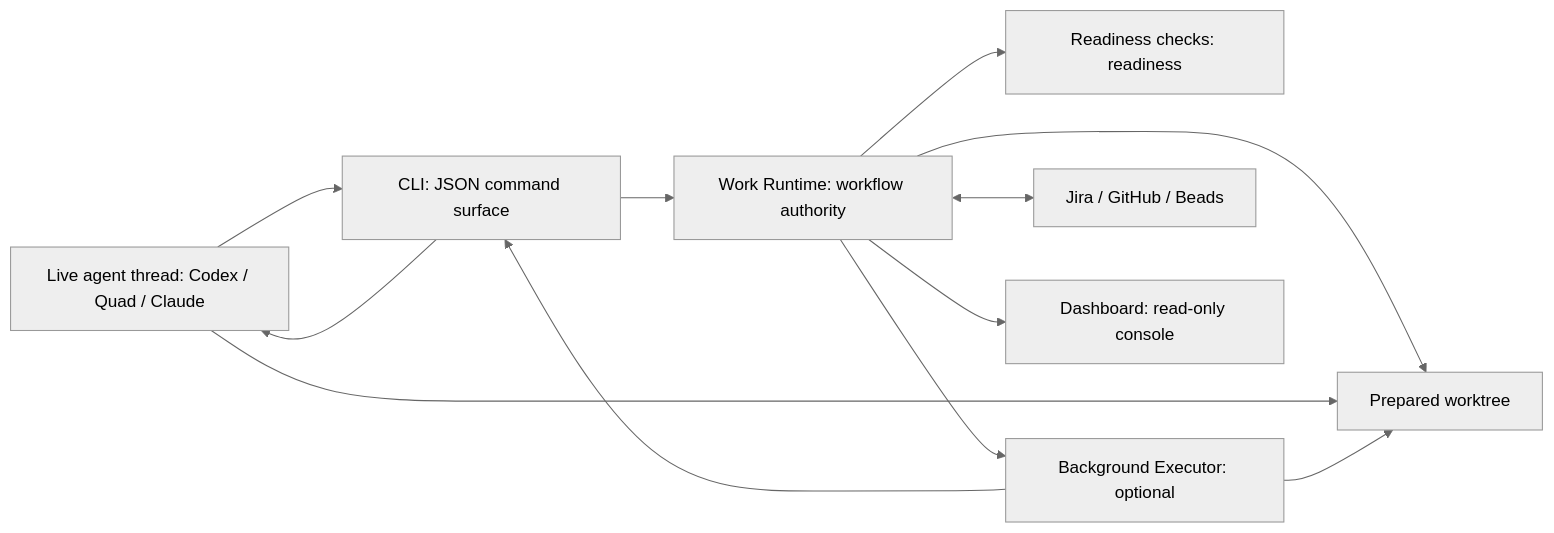
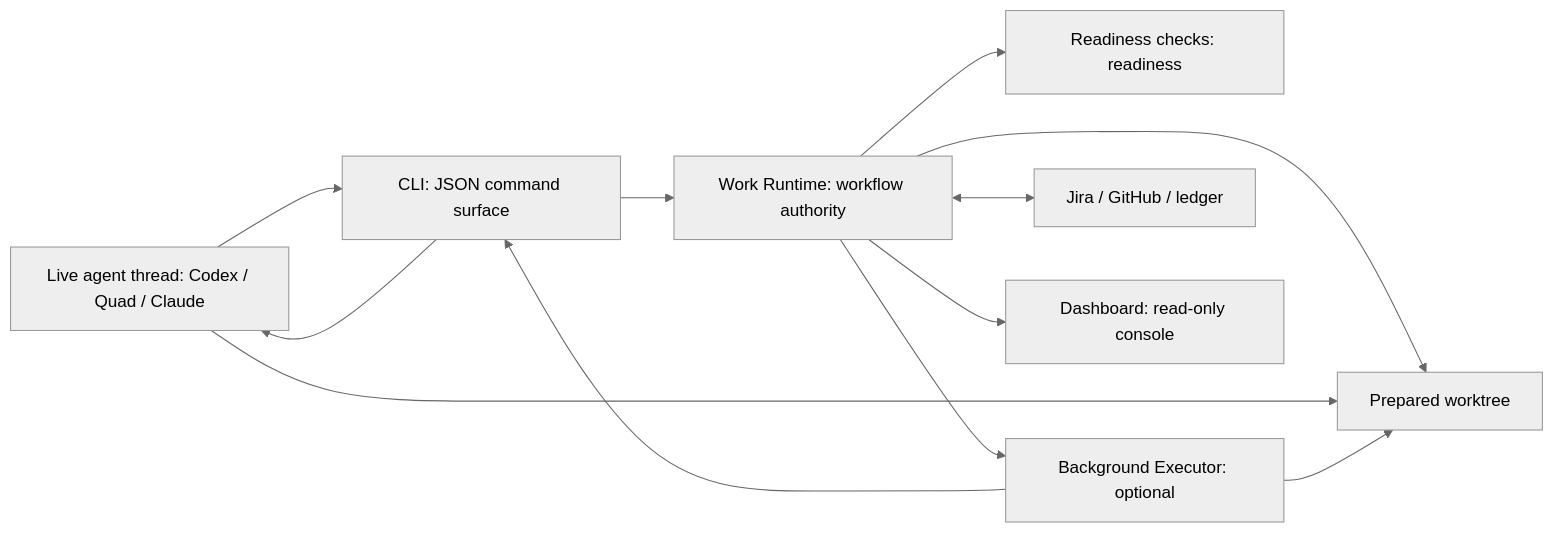
Before and after one commit to clowrance-proppilot/flow: the diagram in docs/runtime-and-dashboard.md, drawn with Mermaid (neutral theme). The commit also changed other lines of this file and 39 other files, not shown here.

Commit message:
Improve Flow issue workflow support

````diff
--- a/docs/runtime-and-dashboard.md
+++ b/docs/runtime-and-dashboard.md
@@ -41,22 +42,22 @@
 ```mermaid
 flowchart LR
   Live["Live agent thread: Codex / Quad / Claude"]
   CLI["CLI: JSON command surface"]
   Coord["Work Runtime: workflow authority"]
   Gate["Readiness checks: readiness"]
   Executor["Background Executor: optional"]
-  Systems["Jira / GitHub / Beads"]
+  Systems["Jira / GitHub / ledger"]
   Tree["Prepared worktree"]
 
   Live --> CLI
   CLI --> Coord
   Coord --> Gate
   Coord <--> Systems
   Coord --> Tree
   Coord --> Executor
   CLI --> Live
   Live --> Tree
   Executor --> Tree
   Executor --> CLI
   Coord --> Dashboard["Dashboard: read-only console"]
 ```
````
